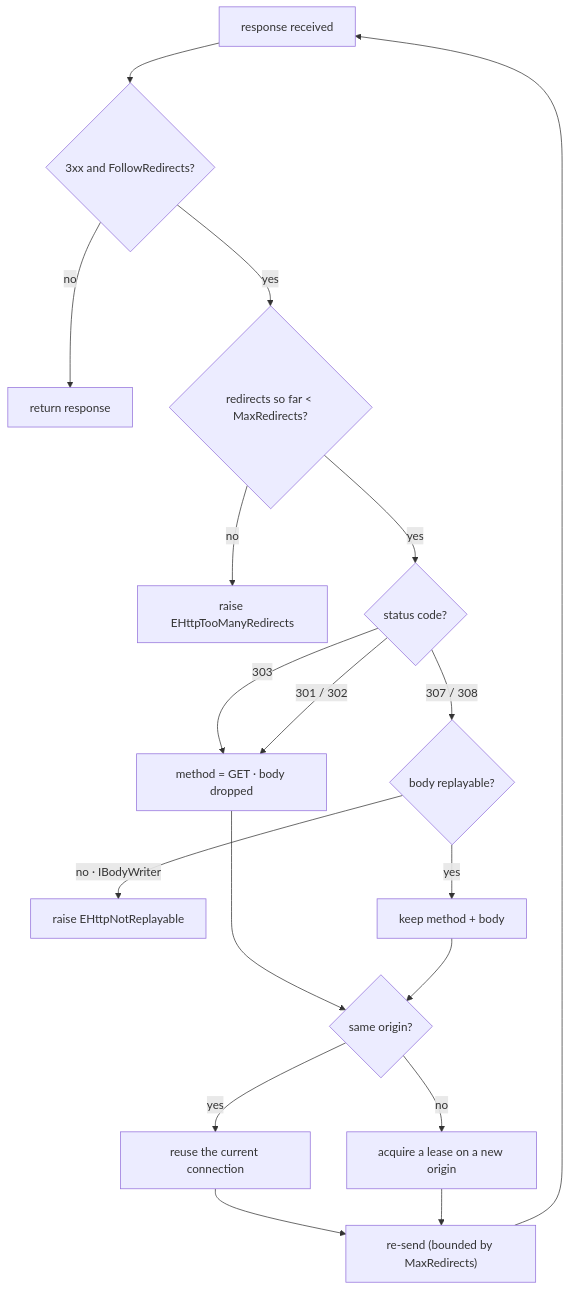
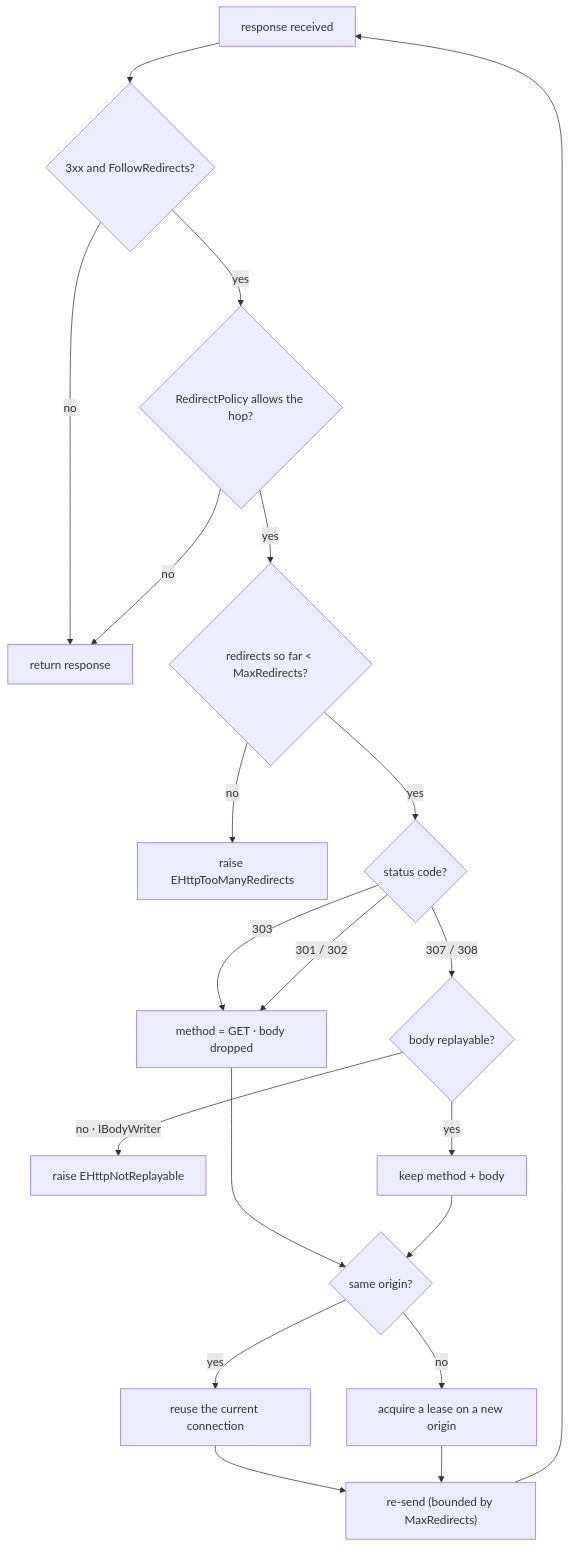
Before and after one commit to lscoughlin/http2components: the first of 2 diagrams in doc/design/client/errors-redirects.md, drawn with Mermaid. The commit also changed other lines of this file and 8 other files, not shown here.

First line of the commit message:
Add the redirect policy and drop credentials on a change of origin

````diff
--- a/doc/design/client/errors-redirects.md
+++ b/doc/design/client/errors-redirects.md
@@ -44,20 +93,22 @@
 ```mermaid
 flowchart TB
   R["response received"] --> S{"3xx and FollowRedirects?"}
   S -->|"no"| DONE["return response"]
-  S -->|"yes"| COUNT{"redirects so far &lt; MaxRedirects?"}
+  S -->|"yes"| POL{"RedirectPolicy allows the hop?"}
+  POL -->|"no"| DONE
+  POL -->|"yes"| COUNT{"redirects so far &lt; MaxRedirects?"}
   COUNT -->|"no"| E1["raise EHttpTooManyRedirects"]
   COUNT -->|"yes"| M{"status code?"}
   M -->|"303"| G["method = GET · body dropped"]
   M -->|"307 / 308"| B{"body replayable?"}
   M -->|"301 / 302"| G
   B -->|"no · IBodyWriter"| E2["raise EHttpNotReplayable"]
   B -->|"yes"| K["keep method + body"]
   G --> X{"same origin?"}
   K --> X
   X -->|"yes"| REUSE["reuse the current connection"]
   X -->|"no"| NEW["acquire a lease on a new origin"]
   REUSE --> LOOP["re-send (bounded by MaxRedirects)"]
   NEW --> LOOP
   LOOP --> R
 ```
````
